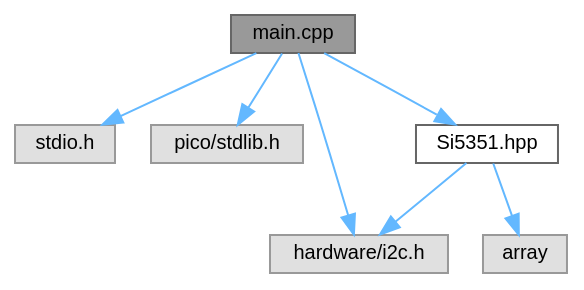
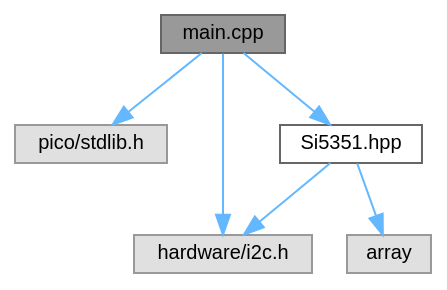
One commit to michaelgroni/rp2040-Si5351 changed the diagram in docs/main_8cpp__incl.dot. Above: the diagram before and after it, drawn with Graphviz. The commit also changed 30 other files, not shown here.

```diff
--- a/docs/main_8cpp__incl.dot
+++ b/docs/main_8cpp__incl.dot
@@ -1,19 +1,17 @@
 digraph "main.cpp"
 {
  // LATEX_PDF_SIZE
   bgcolor="transparent";
   edge [fontname=Helvetica,fontsize=10,labelfontname=Helvetica,labelfontsize=10];
   node [fontname=Helvetica,fontsize=10,shape=box,height=0.2,width=0.4];
   Node1 [id="Node000001",label="main.cpp",height=0.2,width=0.4,color="gray40", fillcolor="grey60", style="filled", fontcolor="black",tooltip=" "];
   Node1 -> Node2 [id="edge1_Node000001_Node000002",color="steelblue1",style="solid",tooltip=" "];
-  Node2 [id="Node000002",label="stdio.h",height=0.2,width=0.4,color="grey60", fillcolor="#E0E0E0", style="filled",tooltip=" "];
+  Node2 [id="Node000002",label="pico/stdlib.h",height=0.2,width=0.4,color="grey60", fillcolor="#E0E0E0", style="filled",tooltip=" "];
   Node1 -> Node3 [id="edge2_Node000001_Node000003",color="steelblue1",style="solid",tooltip=" "];
-  Node3 [id="Node000003",label="pico/stdlib.h",height=0.2,width=0.4,color="grey60", fillcolor="#E0E0E0", style="filled",tooltip=" "];
+  Node3 [id="Node000003",label="hardware/i2c.h",height=0.2,width=0.4,color="grey60", fillcolor="#E0E0E0", style="filled",tooltip=" "];
   Node1 -> Node4 [id="edge3_Node000001_Node000004",color="steelblue1",style="solid",tooltip=" "];
-  Node4 [id="Node000004",label="hardware/i2c.h",height=0.2,width=0.4,color="grey60", fillcolor="#E0E0E0", style="filled",tooltip=" "];
-  Node1 -> Node5 [id="edge4_Node000001_Node000005",color="steelblue1",style="solid",tooltip=" "];
-  Node5 [id="Node000005",label="Si5351.hpp",height=0.2,width=0.4,color="grey40", fillcolor="white", style="filled",URL="$_si5351_8hpp.html",tooltip=" "];
-  Node5 -> Node4 [id="edge5_Node000005_Node000004",color="steelblue1",style="solid",tooltip=" "];
-  Node5 -> Node6 [id="edge6_Node000005_Node000006",color="steelblue1",style="solid",tooltip=" "];
-  Node6 [id="Node000006",label="array",height=0.2,width=0.4,color="grey60", fillcolor="#E0E0E0", style="filled",tooltip=" "];
+  Node4 [id="Node000004",label="Si5351.hpp",height=0.2,width=0.4,color="grey40", fillcolor="white", style="filled",URL="$_si5351_8hpp.html",tooltip=" "];
+  Node4 -> Node3 [id="edge4_Node000004_Node000003",color="steelblue1",style="solid",tooltip=" "];
+  Node4 -> Node5 [id="edge5_Node000004_Node000005",color="steelblue1",style="solid",tooltip=" "];
+  Node5 [id="Node000005",label="array",height=0.2,width=0.4,color="grey60", fillcolor="#E0E0E0", style="filled",tooltip=" "];
 }
```
